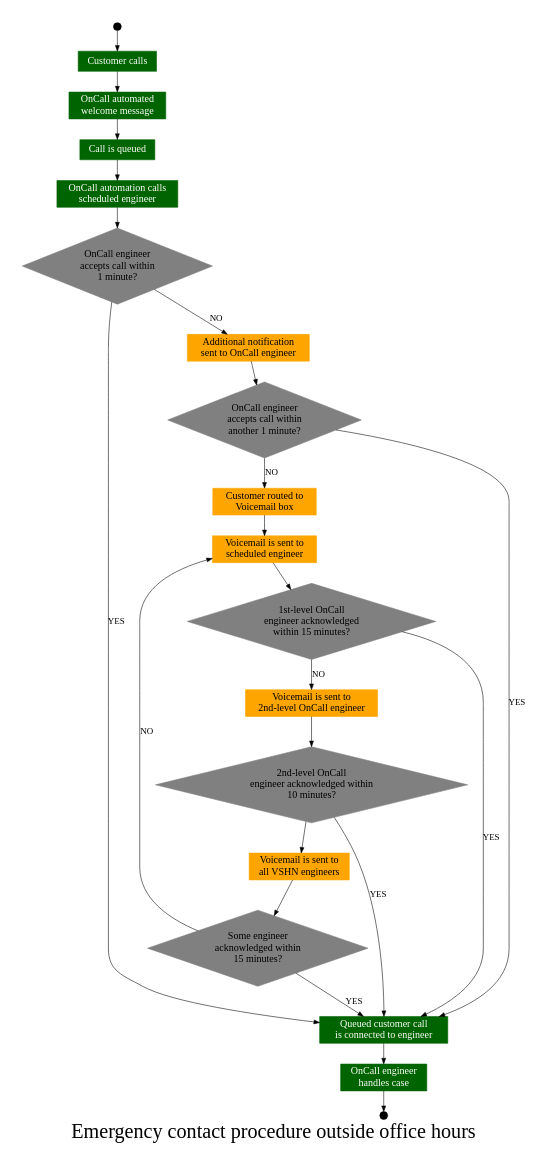
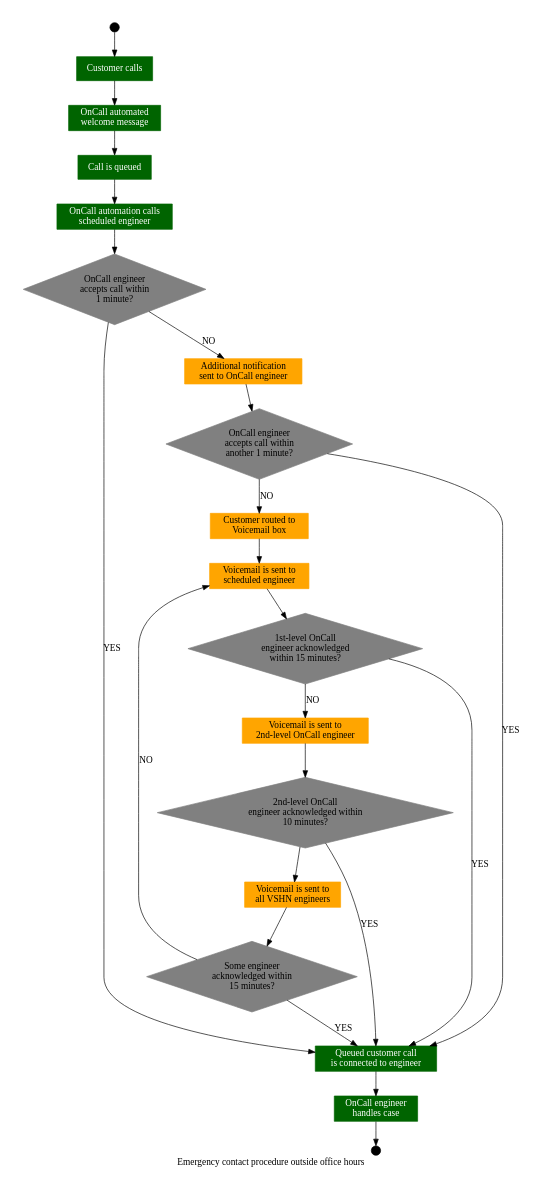
Before and after one commit to vshn/kb: the diagram in docs/modules/ROOT/examples/emergency.gv, drawn with Graphviz.

Commit message:
Increased font size

```diff
--- a/docs/modules/ROOT/examples/emergency.gv
+++ b/docs/modules/ROOT/examples/emergency.gv
@@ -1,80 +1,78 @@
 digraph "VSHN" {
   graph [ fontname = "Ubuntu",
-          fontsize = 36,
           label = "Emergency contact procedure outside office hours",
           size = "6,6" ];
 
   node [ shape=circle,
          color=black,
          style=filled,
          width=0.20 ]; start [label=""]; stop [label=""];
 
   node [ shape=diamond,
          style=filled,
          color=grey,
-         fontname="Ubuntu",
-         fontsize=18 ];
+         fontname="Ubuntu" ];
 
   Q1 [ label="OnCall engineer\naccepts call within\n1 minute?" ];
   Q2 [ label="OnCall engineer\naccepts call within\nanother 1 minute?" ];
   Q3 [ label="1st-level OnCall\nengineer acknowledged\nwithin 15 minutes?" ];
   Q4 [ label="2nd-level OnCall\nengineer acknowledged within\n10 minutes?" ];
   Q5 [ label="Some engineer\nacknowledged within\n15 minutes?" ];
 
   node [ shape = rect,
          distortion = "0.0",
          orientation = "0.0",
          skew = "0.0",
          color = darkgreen,
          fontcolor="white",
          fontname = "Ubuntu" ];
 
   A [ label="Customer calls" ];
   B [ label="OnCall automated\nwelcome message" ];
   C [ label="Call is queued" ];
   D [ label="OnCall automation calls\nscheduled engineer" ];
   E [ label="Queued customer call\nis connected to engineer" ];
   F [ label="OnCall engineer\nhandles case" ];
 
   node [ shape = rect,
          distortion = "0.0",
          orientation = "0.0",
          skew = "0.0",
          color = orange,
          fontcolor="black",
          fontname = "Ubuntu" ];
 
   G [ label="Additional notification\nsent to OnCall engineer" ];
   H [ label="Customer routed to\nVoicemail box" ];
   I [ label="Voicemail is sent to\nscheduled engineer" ];
   J [ label="Voicemail is sent to\n2nd-level OnCall engineer" ];
   K [ label="Voicemail is sent to\nall VSHN engineers" ];
 
   start -> A;
   A -> B;
   B -> C;
   C -> D;
   D -> Q1;
-  Q1 -> E [ label=YES,fontname="Ubuntu",fontsize=16 ];
+  Q1 -> E [ label=YES,fontname="Ubuntu" ];
   E -> F;
   F -> stop;
 
-  Q1 -> G [ label=NO, fontname="Ubuntu",fontsize=16 ];
+  Q1 -> G [ label=NO, fontname="Ubuntu" ];
   G -> Q2;
-  Q2 -> E [ label=YES, fontname="Ubuntu",fontsize=16 ];
+  Q2 -> E [ label=YES, fontname="Ubuntu" ];
 
-  Q2 -> H [ label=NO, fontname="Ubuntu",fontsize=16 ];
+  Q2 -> H [ label=NO, fontname="Ubuntu" ];
   H -> I;
   I -> Q3;
-  Q3 -> E [ label=YES, fontname="Ubuntu",fontsize=16 ];
+  Q3 -> E [ label=YES, fontname="Ubuntu" ];
 
-  Q3 -> J [ label=NO, fontname="Ubuntu",fontsize=16 ];
+  Q3 -> J [ label=NO, fontname="Ubuntu" ];
   J -> Q4;
-  Q4 -> E [ label=YES, fontname="Ubuntu",fontsize=16 ];
+  Q4 -> E [ label=YES, fontname="Ubuntu" ];
 
   Q4 -> K;
   K -> Q5;
-  Q5 -> E [ label=YES, fontname="Ubuntu",fontsize=16 ];
+  Q5 -> E [ label=YES, fontname="Ubuntu" ];
 
-  Q5 -> I [ label=NO, fontname="Ubuntu",fontsize=16 ];
+  Q5 -> I [ label=NO, fontname="Ubuntu" ];
 }
```
